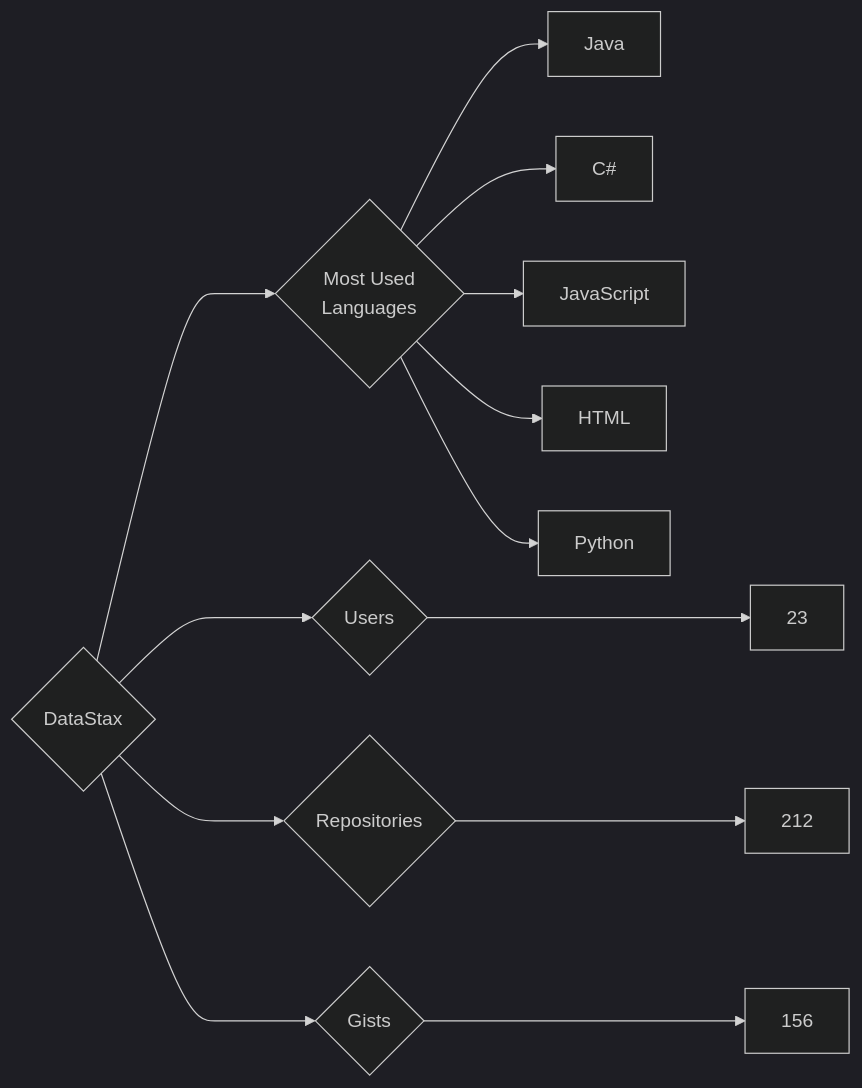
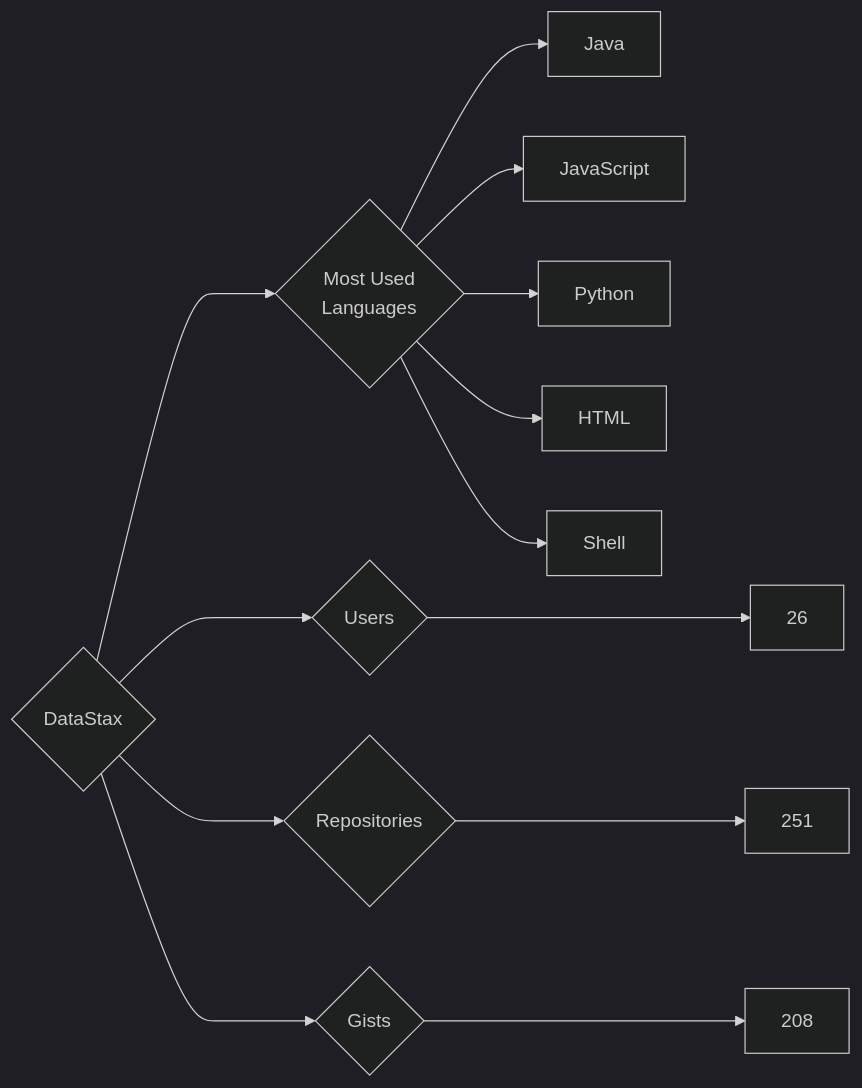
One commit to trickest/insiders changed the diagram in targets/DataStax/README.md. Above: the diagram before and after it, drawn with Mermaid (dark theme). The commit also changed 895 other files, not shown here.

````diff
--- a/targets/DataStax/README.md
+++ b/targets/DataStax/README.md
@@ -3,13 +3,13 @@
 ```mermaid
 graph LR
 COMPANY_NAME{DataStax}
-COMPANY_NAME ---> U{Users} ---> UN[23]
-COMPANY_NAME ---> R{Repositories} ---> RN[212]
-COMPANY_NAME ---> G{Gists} ---> GN[156]
+COMPANY_NAME ---> U{Users} ---> UN[26]
+COMPANY_NAME ---> R{Repositories} ---> RN[251]
+COMPANY_NAME ---> G{Gists} ---> GN[208]
 COMPANY_NAME ---> ML{Most Used<br>Languages}
 ML --> Java[Java]
-ML --> C#[C#]
 ML --> JavaScript[JavaScript]
+ML --> Python[Python]
 ML --> HTML[HTML]
-ML --> Python[Python]
+ML --> Shell[Shell]
 ```
````
